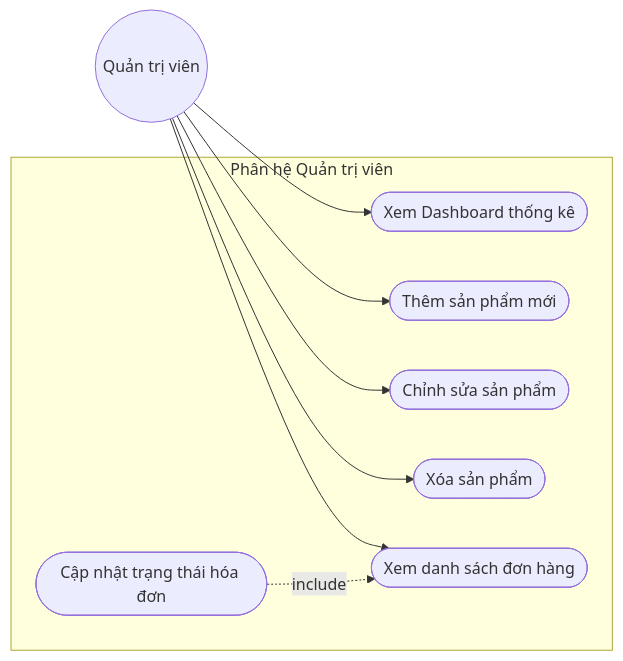
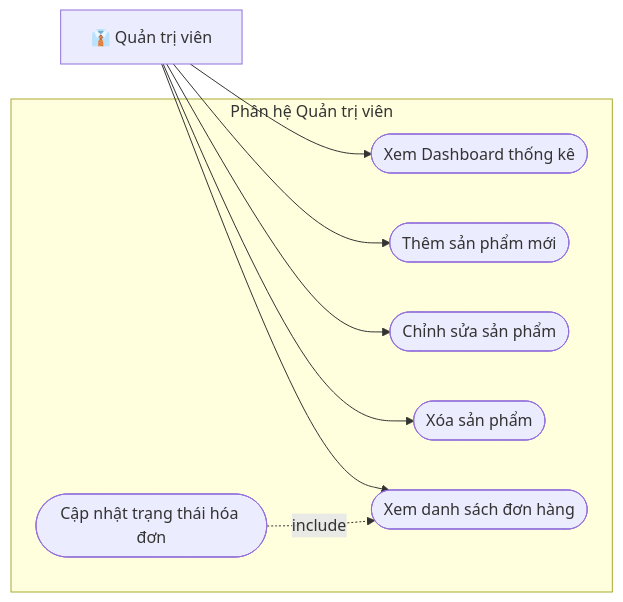
One commit to TrDieux18/eCommerce-react_dark changed the third of 8 diagrams in BaoCaoNhom_PTTKHT.md. Above: the diagram before and after it, drawn with Mermaid. The commit also changed other lines of this file, not shown here.

````diff
--- a/BaoCaoNhom_PTTKHT.md
+++ b/BaoCaoNhom_PTTKHT.md
@@ -139,21 +139,21 @@
 ```mermaid
 flowchart LR
-  Admin((Quản trị viên))
+  Admin["👔 Quản trị viên"]
 
   subgraph AdminSystem["Phân hệ Quản trị viên"]
     UC_Dash(["Xem Dashboard thống kê"])
     UC_AddProd(["Thêm sản phẩm mới"])
     UC_EditProd(["Chỉnh sửa sản phẩm"])
     UC_DelProd(["Xóa sản phẩm"])
     UC_ListInv(["Xem danh sách đơn hàng"])
     UC_StatusInv(["Cập nhật trạng thái hóa đơn"])
   end
 
   UC_StatusInv -.->|include| UC_ListInv
 
   Admin --> UC_Dash
   Admin --> UC_AddProd
   Admin --> UC_EditProd
   Admin --> UC_DelProd
   Admin --> UC_ListInv
 ```
````
